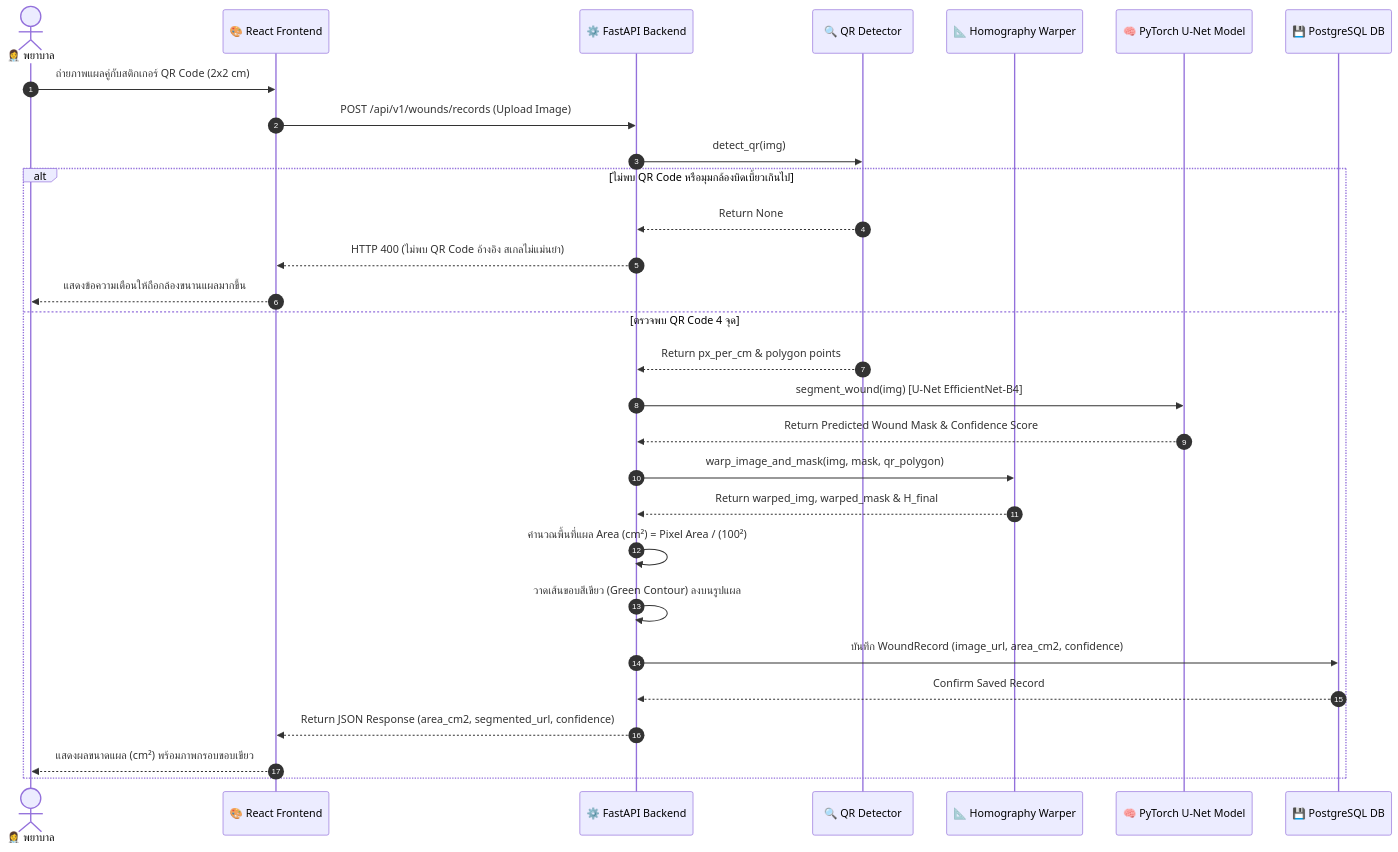
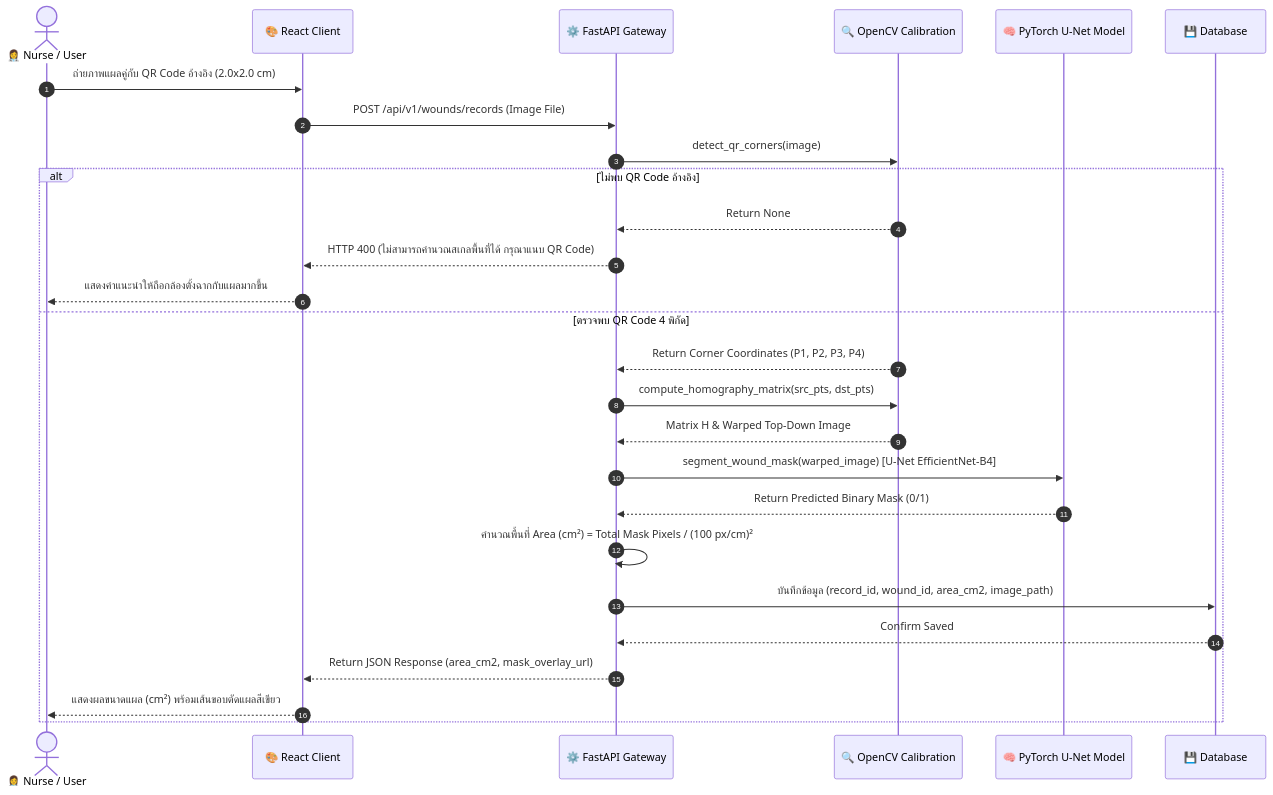
Before and after one commit to SarayutSupsin/ProjectYear4_Diabetic_segmentaion_system: the second of 2 diagrams in document/system_architecture_spec.md, drawn with Mermaid. The commit also changed other lines of this file and 6 other files, not shown here.

````diff
--- a/document/system_architecture_spec.md
+++ b/document/system_architecture_spec.md
@@ -114,33 +65,31 @@
 ```mermaid
 sequenceDiagram
     autonumber
-    actor Nurse as 👩‍⚕️ พยาบาล
-    participant FE as 🎨 React Frontend
-    participant API as ⚙️ FastAPI Backend
-    participant QR as 🔍 QR Detector
-    participant Warp as 📐 Homography Warper
+    actor User as 👩‍⚕️ Nurse / User
+    participant FE as 🎨 React Client
+    participant API as ⚙️ FastAPI Gateway
+    participant CV as 🔍 OpenCV Calibration
     participant AI as 🧠 PyTorch U-Net Model
-    participant DB as 💾 PostgreSQL DB
+    participant DB as 💾 Database
 
-    Nurse->>FE: ถ่ายภาพแผลคู่กับสติกเกอร์ QR Code (2x2 cm)
-    FE->>API: POST /api/v1/wounds/records (Upload Image)
-    API->>QR: detect_qr(img)
+    User->>FE: ถ่ายภาพแผลคู่กับ QR Code อ้างอิง (2.0x2.0 cm)
+    FE->>API: POST /api/v1/wounds/records (Image File)
+    API->>CV: detect_qr_corners(image)
     
-    alt ไม่พบ QR Code หรือมุมกล้องบิดเบี้ยวเกินไป
-        QR-->>API: Return None
-        API-->>FE: HTTP 400 (ไม่พบ QR Code อ้างอิง สเกลไม่แม่นยำ)
-        FE-->>Nurse: แสดงข้อความเตือนให้ถือกล้องขนานแผลมากขึ้น
-    else ตรวจพบ QR Code 4 จุด
-        QR-->>API: Return px_per_cm & polygon points
-        API->>AI: segment_wound(img) [U-Net EfficientNet-B4]
-        AI-->>API: Return Predicted Wound Mask & Confidence Score
-        API->>Warp: warp_image_and_mask(img, mask, qr_polygon)
-        Warp-->>API: Return warped_img, warped_mask & H_final
-        API->>API: คำนวณพื้นที่แผล Area (cm²) = Pixel Area / (100²)
-        API->>API: วาดเส้นขอบสีเขียว (Green Contour) ลงบนรูปแผล
-        API->>DB: บันทึก WoundRecord (image_url, area_cm2, confidence)
-        DB-->>API: Confirm Saved Record
-        API-->>FE: Return JSON Response (area_cm2, segmented_url, confidence)
-        FE-->>Nurse: แสดงผลขนาดแผล (cm²) พร้อมภาพกรอบขอบเขียว
+    alt ไม่พบ QR Code อ้างอิง
+        CV-->>API: Return None
+        API-->>FE: HTTP 400 (ไม่สามารถคำนวณสเกลพื้นที่ได้ กรุณาแนบ QR Code)
+        FE-->>User: แสดงคำแนะนำให้ถือกล้องตั้งฉากกับแผลมากขึ้น
+    else ตรวจพบ QR Code 4 พิกัด
+        CV-->>API: Return Corner Coordinates (P1, P2, P3, P4)
+        API->>CV: compute_homography_matrix(src_pts, dst_pts)
+        CV-->>API: Matrix H & Warped Top-Down Image
+        API->>AI: segment_wound_mask(warped_image) [U-Net EfficientNet-B4]
+        AI-->>API: Return Predicted Binary Mask (0/1)
+        API->>API: คำนวณพื้นที่ Area (cm²) = Total Mask Pixels / (100 px/cm)²
+        API->>DB: บันทึกข้อมูล (record_id, wound_id, area_cm2, image_path)
+        DB-->>API: Confirm Saved
+        API-->>FE: Return JSON Response (area_cm2, mask_overlay_url)
+        FE-->>User: แสดงผลขนาดแผล (cm²) พร้อมเส้นขอบตัดแผลสีเขียว
     end
 ```
````
